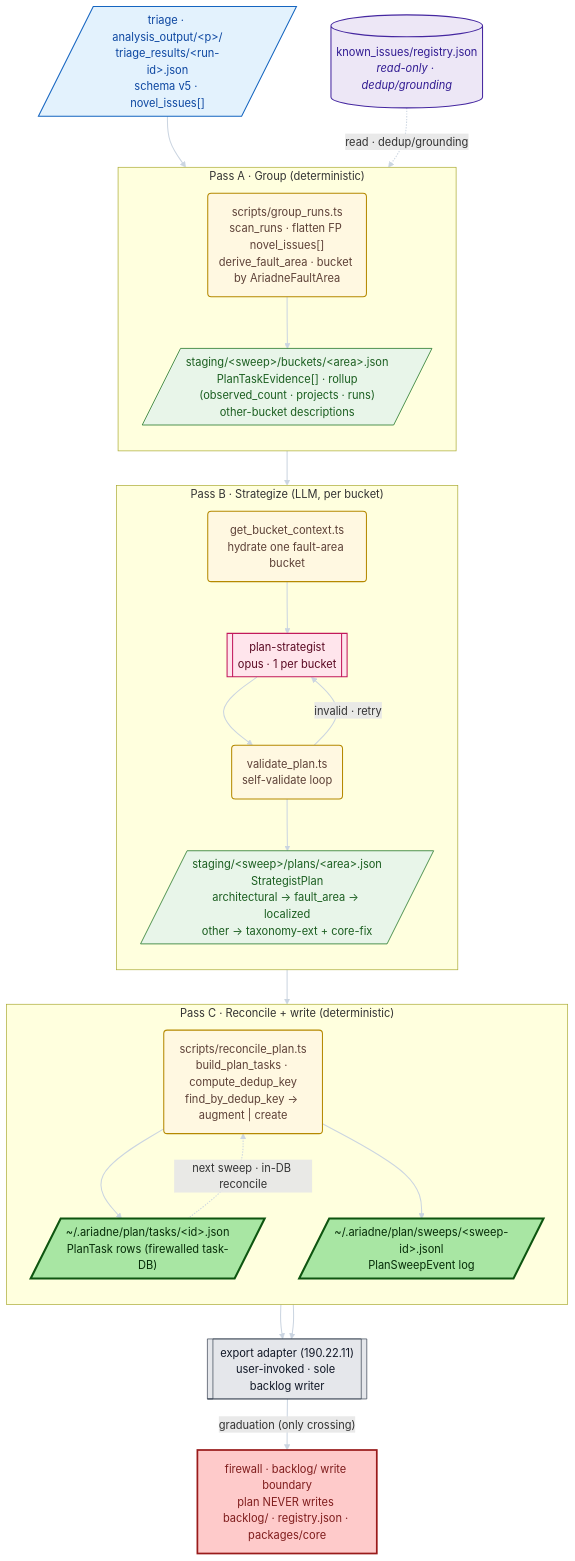
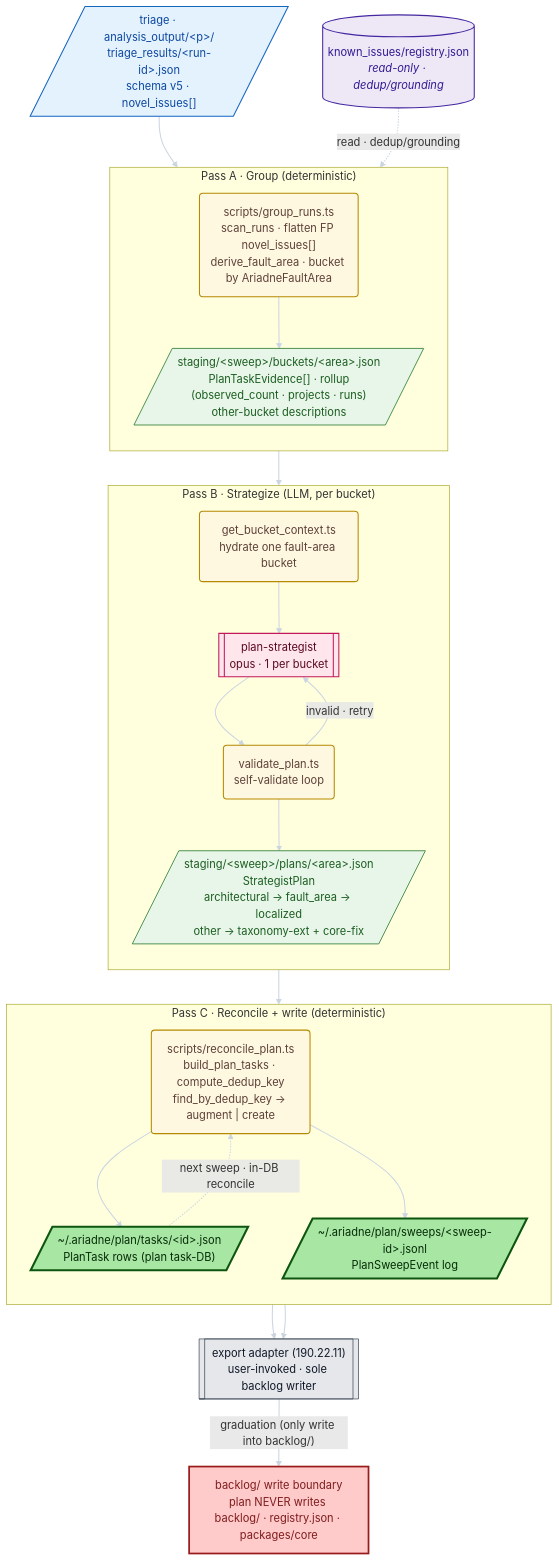
Before and after one commit to CRJFisher/ariadne: the diagram in .claude/skills/plan/README.per-step.mmd, drawn with Mermaid. The commit also changed 20 other files, not shown here.

```diff
--- a/.claude/skills/plan/README.per-step.mmd
+++ b/.claude/skills/plan/README.per-step.mmd
@@ -1,55 +1,55 @@
 flowchart TD
   classDef ext        fill:#e3f2fd,stroke:#1565c0,stroke-width:1.5px,color:#0d47a1
   classDef store      fill:#ede7f6,stroke:#4527a0,stroke-width:1.5px,color:#311b92
   classDef artifact   fill:#e8f5e9,stroke:#2e7d32,stroke-width:1.2px,color:#1b5e20
   classDef step       fill:#fff8e1,stroke:#b58900,stroke-width:1.5px,color:#5d4037
   classDef agent      fill:#ffe5ec,stroke:#c2185b,stroke-width:1.5px,color:#5a0922
   classDef inter      fill:#f5f5f5,stroke:#616161,stroke-width:1px,color:#212121,stroke-dasharray:3 3
   classDef published  fill:#a8e6a3,stroke:#0e5510,stroke-width:3px,color:#062c08
   classDef downstream fill:#e5e7eb,stroke:#374151,stroke-width:1px,color:#111827
-  classDef firewall   fill:#fecaca,stroke:#991b1b,stroke-width:2.5px,color:#7f1d1d
+  classDef boundary   fill:#fecaca,stroke:#991b1b,stroke-width:2.5px,color:#7f1d1d
 
   TR[/"triage · analysis_output/&lt;p&gt;/<br/>triage_results/&lt;run-id&gt;.json<br/>schema v5 · novel_issues[]"/]:::ext
 
   REG[("known_issues/registry.json<br/><i>read-only · dedup/grounding</i>")]:::store
 
   subgraph PA["Pass A · Group (deterministic)"]
     direction TB
     SA("scripts/group_runs.ts<br/>scan_runs · flatten FP novel_issues[]<br/>derive_fault_area · bucket by AriadneFaultArea"):::step
     BK[/"staging/&lt;sweep&gt;/buckets/&lt;area&gt;.json<br/>PlanTaskEvidence[] · rollup<br/>(observed_count · projects · runs)<br/>other-bucket descriptions"/]:::artifact
   end
 
   subgraph PB["Pass B · Strategize (LLM, per bucket)"]
     direction TB
     HY("get_bucket_context.ts<br/>hydrate one fault-area bucket"):::step
     AGB[["plan-strategist<br/>opus · 1 per bucket"]]:::agent
     VAL("validate_plan.ts<br/>self-validate loop"):::step
     SP[/"staging/&lt;sweep&gt;/plans/&lt;area&gt;.json<br/>StrategistPlan<br/>architectural → fault_area → localized<br/>other → taxonomy-ext + core-fix"/]:::artifact
   end
 
   subgraph PC["Pass C · Reconcile + write (deterministic)"]
     direction TB
     RC("scripts/reconcile_plan.ts<br/>build_plan_tasks · compute_dedup_key<br/>find_by_dedup_key → augment | create"):::step
-    PT[/"~/.ariadne/plan/tasks/&lt;id&gt;.json<br/>PlanTask rows (firewalled task-DB)"/]:::published
+    PT[/"~/.ariadne/plan/tasks/&lt;id&gt;.json<br/>PlanTask rows (plan task-DB)"/]:::published
     SW[/"~/.ariadne/plan/sweeps/&lt;sweep-id&gt;.jsonl<br/>PlanSweepEvent log"/]:::published
   end
 
   EXP[["export adapter (190.22.11)<br/>user-invoked · sole backlog writer"]]:::downstream
-  FW["firewall · backlog/ write boundary<br/>plan NEVER writes backlog/ · registry.json · packages/core"]:::firewall
+  FW["backlog/ write boundary<br/>plan NEVER writes backlog/ · registry.json · packages/core"]:::boundary
 
   TR --> SA
   REG -. "read · dedup/grounding" .-> SA
   SA --> BK --> HY
   HY --> AGB --> VAL
   VAL -- "invalid · retry" --> AGB
   VAL --> SP
   SP --> RC
   RC --> PT
   RC --> SW
   PT -. "next sweep · in-DB reconcile" .-> RC
 
   PT --> EXP
   SW --> EXP
-  EXP == "graduation (only crossing)" ==> FW
+  EXP == "graduation (only write into backlog/)" ==> FW
 
   linkStyle default stroke:#cbd5e1,stroke-width:1.5px
```
